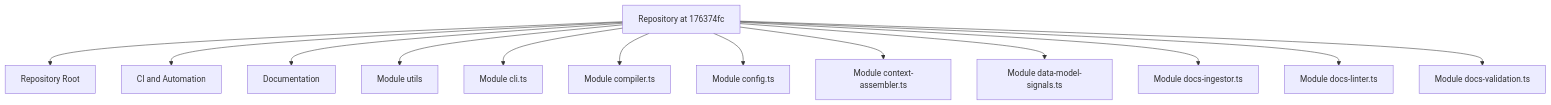
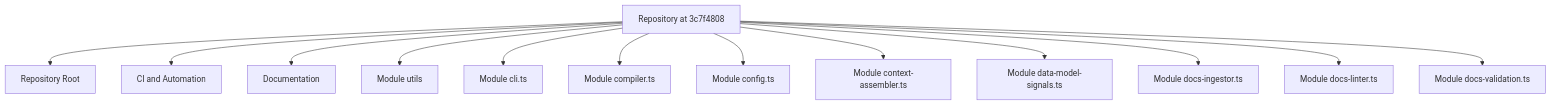
The diagram in Architecture.md (mfittko/repo-wiki), drawn with Mermaid before and after one commit. The commit also changed other lines of this file and 89 other files, not shown here.

````diff
--- a/Architecture.md
+++ b/Architecture.md
@@ -17,16 +17,16 @@
 ```mermaid
 flowchart TD
-  Repo[Repository at 176374fc]
+  Repo[Repository at 3c7f4808]
   Repo --> M0[Repository Root]
   Repo --> M1[CI and Automation]
   Repo --> M2[Documentation]
   Repo --> M3[Module utils]
   Repo --> M4[Module cli.ts]
   Repo --> M5[Module compiler.ts]
   Repo --> M6[Module config.ts]
   Repo --> M7[Module context-assembler.ts]
   Repo --> M8[Module data-model-signals.ts]
   Repo --> M9[Module docs-ingestor.ts]
   Repo --> M10[Module docs-linter.ts]
   Repo --> M11[Module docs-validation.ts]
 ```
````
